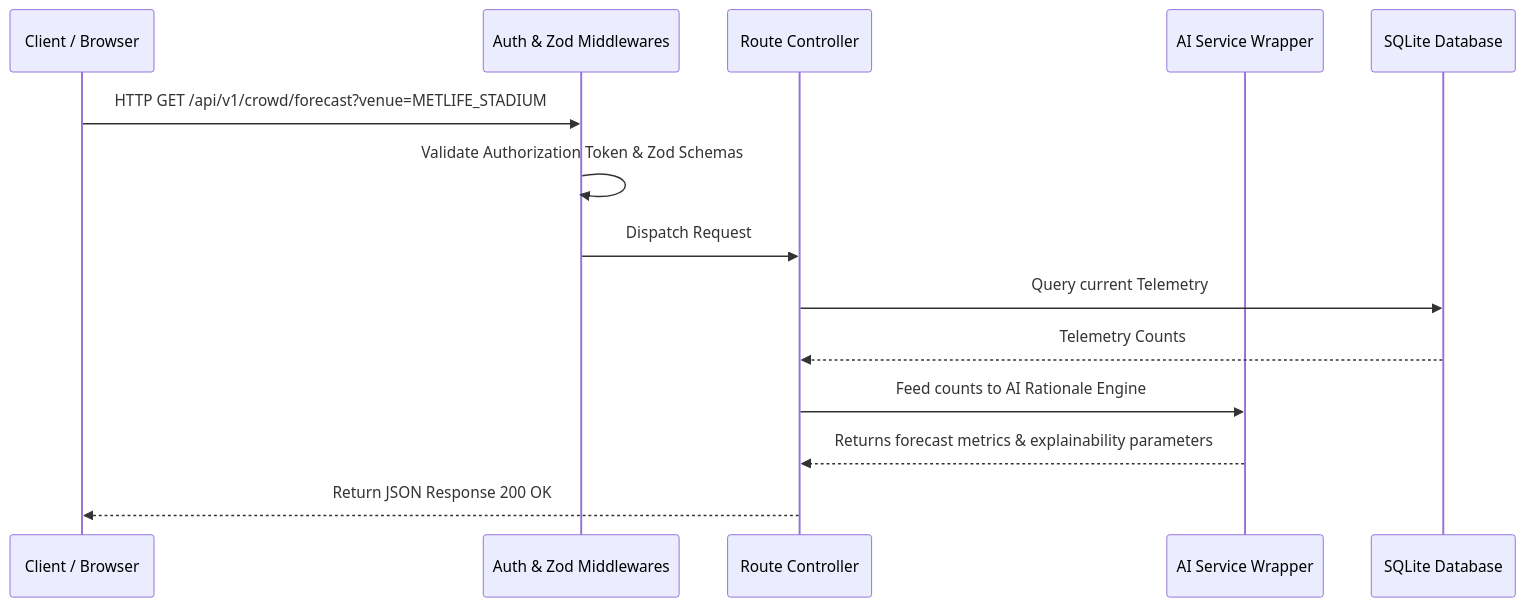
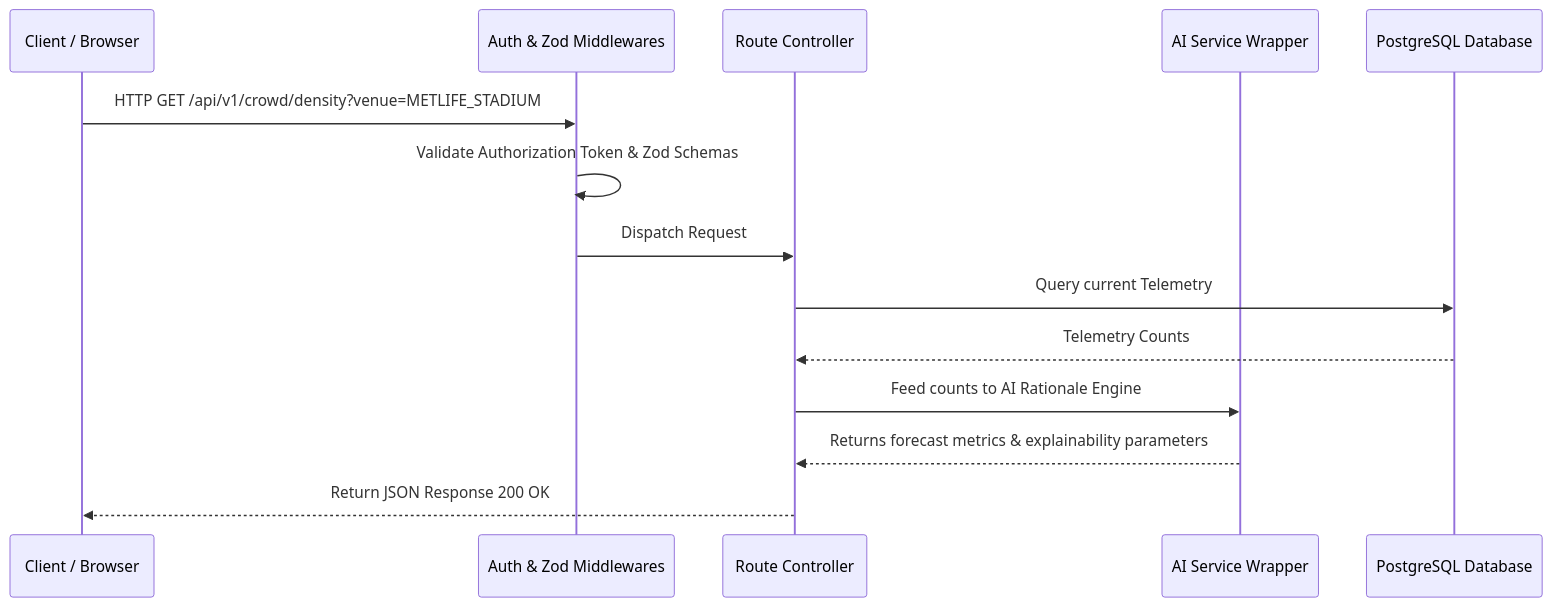
The second of 6 diagrams in README.md (varshiniv197-beep/StadiumIQ-AI), drawn with Mermaid before and after one commit. The commit also changed other lines of this file, not shown here.

````diff
--- a/README.md
+++ b/README.md
@@ -18,17 +77,17 @@
 ```mermaid
 sequenceDiagram
     participant Fan as Client / Browser
     participant Guard as Auth & Zod Middlewares
     participant Ctrl as Route Controller
     participant Svc as AI Service Wrapper
-    participant DB as SQLite Database
+    participant DB as PostgreSQL Database
 
-    Fan->>Guard: HTTP GET /api/v1/crowd/forecast?venue=METLIFE_STADIUM
+    Fan->>Guard: HTTP GET /api/v1/crowd/density?venue=METLIFE_STADIUM
     Guard->>Guard: Validate Authorization Token & Zod Schemas
     Guard->>Ctrl: Dispatch Request
     Ctrl->>DB: Query current Telemetry
     DB-->>Ctrl: Telemetry Counts
     Ctrl->>Svc: Feed counts to AI Rationale Engine
     Svc-->>Ctrl: Returns forecast metrics & explainability parameters
     Ctrl-->>Fan: Return JSON Response 200 OK
 ```
````
